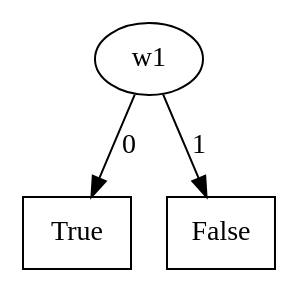
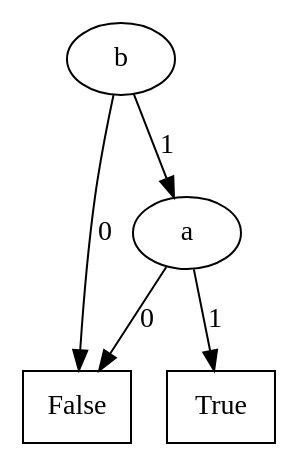
Before and after one commit to lputruele/tesis: the diagram in Mu-calculus_model_checker/f3.dot, drawn with Graphviz. The commit also changed 30 other files, not shown here.

```diff
--- a/Mu-calculus_model_checker/f3.dot
+++ b/Mu-calculus_model_checker/f3.dot
@@ -1,15 +1,23 @@
 digraph BDD {
 node[shape=oval];
-2[label="w1"];
+3[label="b"];
+node[shape=rectangle];
+0[label=False];
+node[shape=oval];
+
+3->0[label=0];
+2[label="a"];
+node[shape=rectangle];
+0[label=False];
+node[shape=oval];
+
+2->0[label=0];
 node[shape=rectangle];
 1[label=True];
 node[shape=oval];
 
-2->1[label=0];
-node[shape=rectangle];
-0[label=False];
-node[shape=oval];
+2->1[label=1];
 
-2->0[label=1];
+3->2[label=1];
 
 }
```
